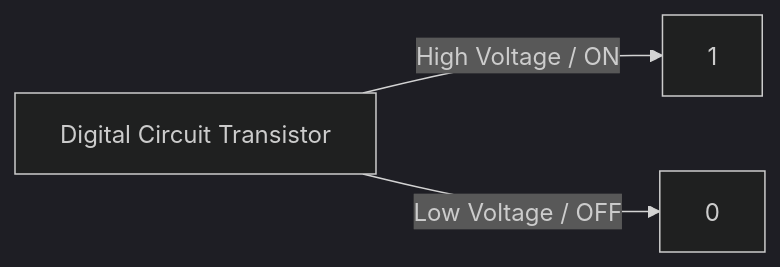
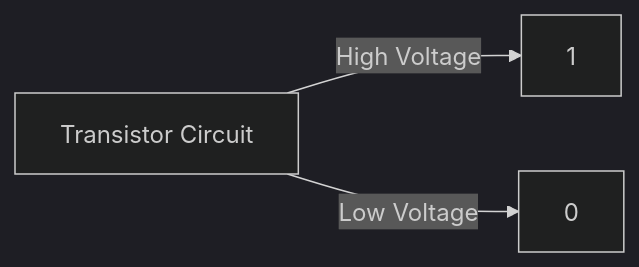
Before and after one commit to m20was/Analytics: the diagram in markdown/m20was/Java 25/03_binary_number_system.md, drawn with Mermaid (dark theme). The commit also changed other lines of this file and 4 other files, not shown here.

````diff
--- a/markdown/m20was/Java 25/03_binary_number_system.md
+++ b/markdown/m20was/Java 25/03_binary_number_system.md
@@ -10,5 +5,5 @@
 ```mermaid
 flowchart LR
-    DigitalCircuit["Digital Circuit Transistor"] -->|High Voltage / ON| Bit1["1"]
-    DigitalCircuit -->|Low Voltage / OFF| Bit0["0"]
+    Transistor["Transistor Circuit"] -->|High Voltage| Bit1["1"]
+    Transistor -->|Low Voltage| Bit0["0"]
 ```
````
